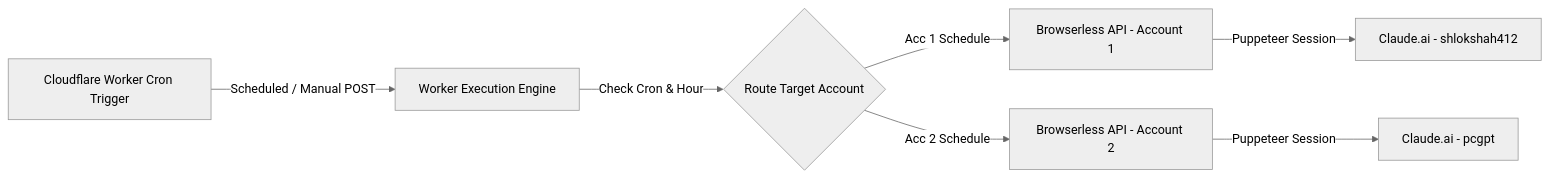
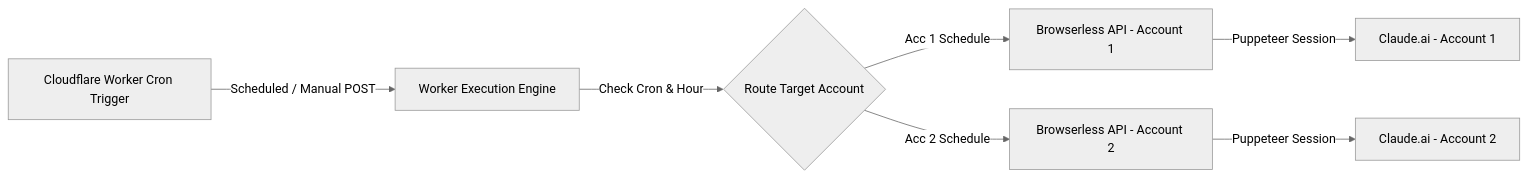
The diagram in README.md (shlokkokk/claude-pinger), drawn with Mermaid (neutral theme) before and after one commit. The commit also changed other lines of this file, not shown here.

````diff
--- a/README.md
+++ b/README.md
@@ -29,9 +29,9 @@
 ```mermaid
 flowchart LR
     A[Cloudflare Worker Cron Trigger] -->|Scheduled / Manual POST| B[Worker Execution Engine]
     B -->|Check Cron & Hour| C{Route Target Account}
     C -->|Acc 1 Schedule| D[Browserless API - Account 1]
     C -->|Acc 2 Schedule| E[Browserless API - Account 2]
-    D -->|Puppeteer Session| F[Claude.ai - shlokshah412]
-    E -->|Puppeteer Session| G[Claude.ai - pcgpt]
+    D -->|Puppeteer Session| F[Claude.ai - Account 1]
+    E -->|Puppeteer Session| G[Claude.ai - Account 2]
 ```
````
